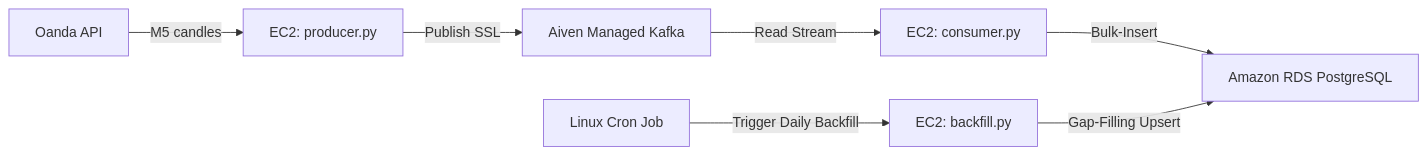
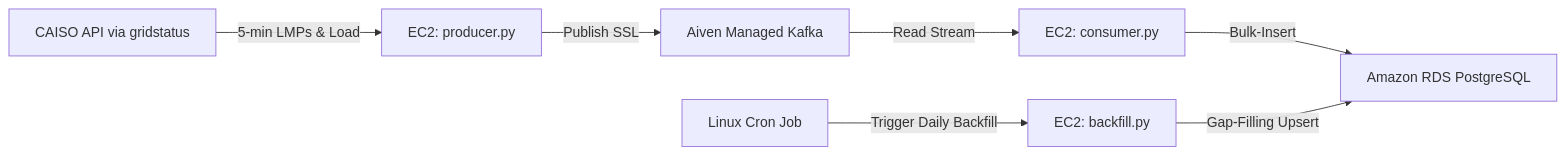
Before and after one commit to Tejas9146911073/CAISO-Energy-Grid-Platform: the diagram in README.md, drawn with Mermaid. The commit also changed other lines of this file and 7 other files, not shown here.

````diff
--- a/README.md
+++ b/README.md
@@ -9,10 +9,10 @@
 ```mermaid
 graph LR
-    Oanda[Oanda API] -->|M5 candles| EC2_Prod[EC2: producer.py]
+    CAISO[CAISO API via gridstatus] -->|5-min LMPs & Load| EC2_Prod[EC2: producer.py]
     EC2_Prod -->|Publish SSL| Aiven[Aiven Managed Kafka]
     Aiven -->|Read Stream| EC2_Cons[EC2: consumer.py]
     EC2_Cons -->|Bulk-Insert| RDS_PG[Amazon RDS PostgreSQL]
     
     Cron[Linux Cron Job] -->|Trigger Daily Backfill| EC2_Back[EC2: backfill.py]
     EC2_Back -->|Gap-Filling Upsert| RDS_PG
 ```
````
